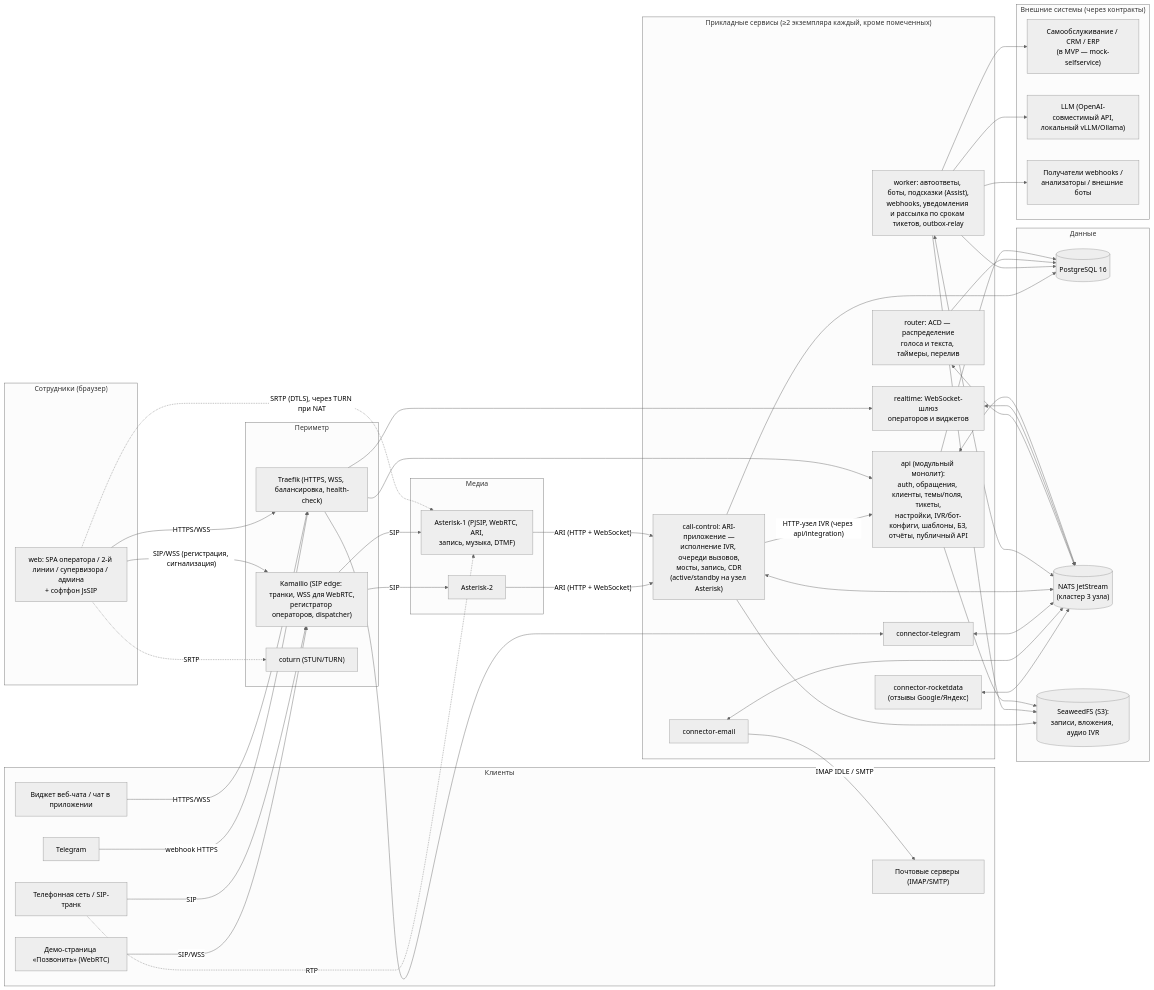
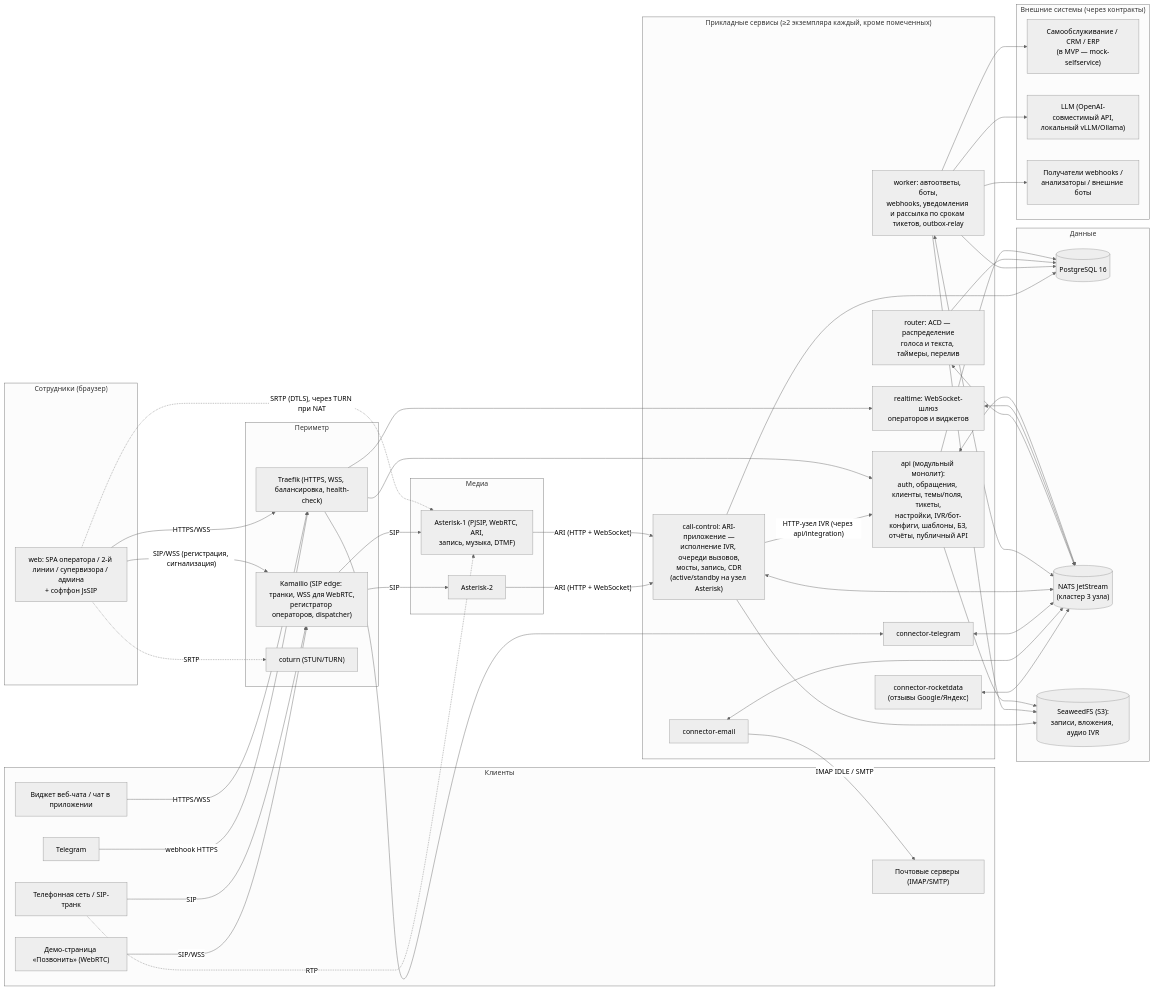
Before and after one commit to afedortsovbn-commits/CkaudeGitHub: the first of 8 diagrams in Контакт-центр/planning/02-архитектура.md, drawn with Mermaid (neutral theme). The commit also changed other lines of this file and 9 other files, not shown here.

````diff
--- a/Контакт-центр/planning/02-архитектура.md
+++ b/Контакт-центр/planning/02-архитектура.md
@@ -21,69 +21,69 @@
 ```mermaid
 flowchart LR
   subgraph Clients["Клиенты"]
     PSTN["Телефонная сеть / SIP-транк"]
     DemoCaller["Демо-страница «Позвонить» (WebRTC)"]
     Widget["Виджет веб-чата / чат в приложении"]
     TG["Telegram"]
     Mail["Почтовые серверы (IMAP/SMTP)"]
   end
 
   subgraph Staff["Сотрудники (браузер)"]
     WebApp["web: SPA оператора / 2-й линии / супервизора / админа<br/>+ софтфон JsSIP"]
   end
 
   subgraph Edge["Периметр"]
     Traefik["Traefik (HTTPS, WSS, балансировка, health-check)"]
     Kamailio["Kamailio (SIP edge: транки, WSS для WebRTC,<br/>регистратор операторов, dispatcher)"]
     TURN["coturn (STUN/TURN)"]
   end
 
   subgraph Media["Медиа"]
     AST1["Asterisk-1 (PJSIP, WebRTC, ARI,<br/>запись, музыка, DTMF)"]
     AST2["Asterisk-2"]
   end
 
   subgraph App["Прикладные сервисы (≥2 экземпляра каждый, кроме помеченных)"]
     API["api (модульный монолит):<br/>auth, обращения, клиенты, темы/поля, тикеты,<br/>настройки, IVR/бот-конфиги, шаблоны, БЗ,<br/>отчёты, публичный API"]
     RT["realtime: WebSocket-шлюз<br/>операторов и виджетов"]
     Router["router: ACD — распределение<br/>голоса и текста, таймеры, перелив"]
-    Worker["worker: автоответы, боты, подсказки (Assist),<br/>webhooks, уведомления и рассылка по срокам тикетов, outbox-relay"]
+    Worker["worker: автоответы, боты,<br/>webhooks, уведомления и рассылка по срокам тикетов, outbox-relay"]
     CallCtl["call-control: ARI-приложение —<br/>исполнение IVR, очереди вызовов,<br/>мосты, запись, CDR<br/>(active/standby на узел Asterisk)"]
     ConnTG["connector-telegram"]
     ConnMail["connector-email"]
     ConnMaps["connector-rocketdata<br/>(отзывы Google/Яндекс)"]
   end
 
   subgraph Data["Данные"]
     PG[("PostgreSQL 16")]
     NATS[("NATS JetStream<br/>(кластер 3 узла)")]
     S3[("SeaweedFS (S3):<br/>записи, вложения, аудио IVR")]
   end
 
   subgraph Ext["Внешние системы (через контракты)"]
     Self["Самообслуживание / CRM / ERP<br/>(в MVP — mock-selfservice)"]
     LLM["LLM (OpenAI-совместимый API,<br/>локальный vLLM/Ollama)"]
     Hooks["Получатели webhooks /<br/>анализаторы / внешние боты"]
   end
 
   PSTN -- SIP --> Kamailio
   PSTN -. RTP .-> AST1
   DemoCaller -- SIP/WSS --> Kamailio
   WebApp -- "SIP/WSS (регистрация, сигнализация)" --> Kamailio
   WebApp -. "SRTP (DTLS), через TURN при NAT" .-> AST1
   WebApp -. SRTP .-> TURN
   Kamailio -- SIP --> AST1 & AST2
   AST1 & AST2 -- "ARI (HTTP + WebSocket)" --> CallCtl
 
   WebApp -- HTTPS/WSS --> Traefik
   Widget -- HTTPS/WSS --> Traefik
   TG -- webhook HTTPS --> Traefik
   Traefik --> API & RT & ConnTG
   ConnMail -- IMAP IDLE / SMTP --> Mail
 
   API & RT & Router & Worker & CallCtl & ConnTG & ConnMail & ConnMaps <--> NATS
   API & Router & Worker & CallCtl --> PG
   API & Worker & CallCtl --> S3
   Worker --> Self & LLM & Hooks
   CallCtl -- "HTTP-узел IVR (через api/integration)" --> API
 ```
````
